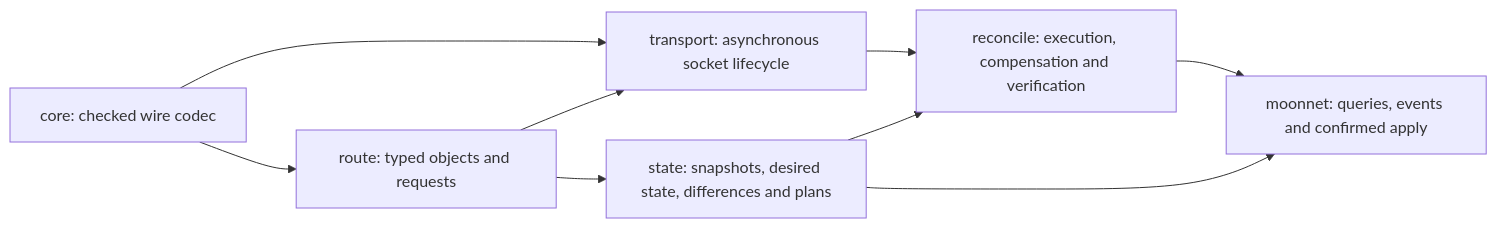
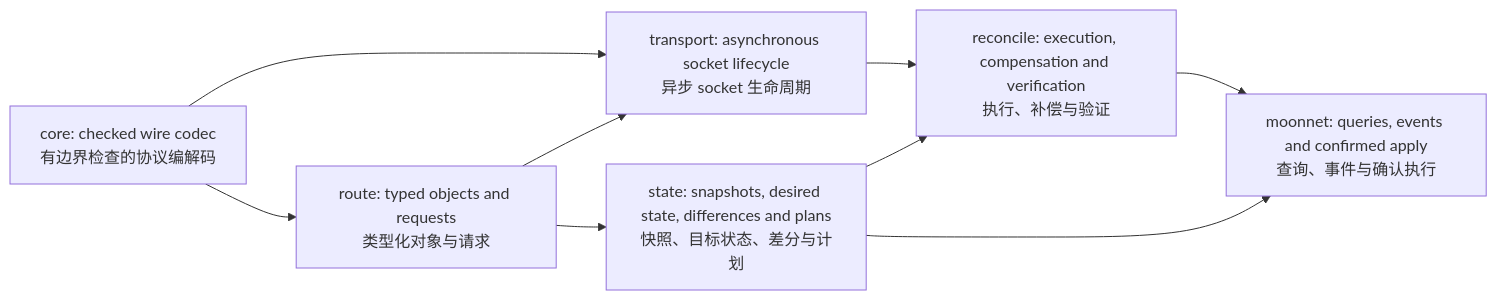
Before and after one commit to Eisem/moon_netlink: the diagram in docs/architecture.md, drawn with Mermaid. The commit also changed other lines of this file and 11 other files, not shown here.

````diff
--- a/docs/architecture.md
+++ b/docs/architecture.md
@@ -8,11 +10,11 @@
 ```mermaid
 flowchart LR
-  core[core: checked wire codec] --> route[route: typed objects and requests]
-  core --> transport[transport: asynchronous socket lifecycle]
+  core["core: checked wire codec<br/>有边界检查的协议编解码"] --> route["route: typed objects and requests<br/>类型化对象与请求"]
+  core --> transport["transport: asynchronous socket lifecycle<br/>异步 socket 生命周期"]
   route --> transport
-  route --> state[state: snapshots, desired state, differences and plans]
-  transport --> reconcile[reconcile: execution, compensation and verification]
+  route --> state["state: snapshots, desired state, differences and plans<br/>快照、目标状态、差分与计划"]
+  transport --> reconcile["reconcile: execution, compensation and verification<br/>执行、补偿与验证"]
   state --> reconcile
-  reconcile --> cli[moonnet: queries, events and confirmed apply]
+  reconcile --> cli["moonnet: queries, events and confirmed apply<br/>查询、事件与确认执行"]
   state --> cli
 ```
````
